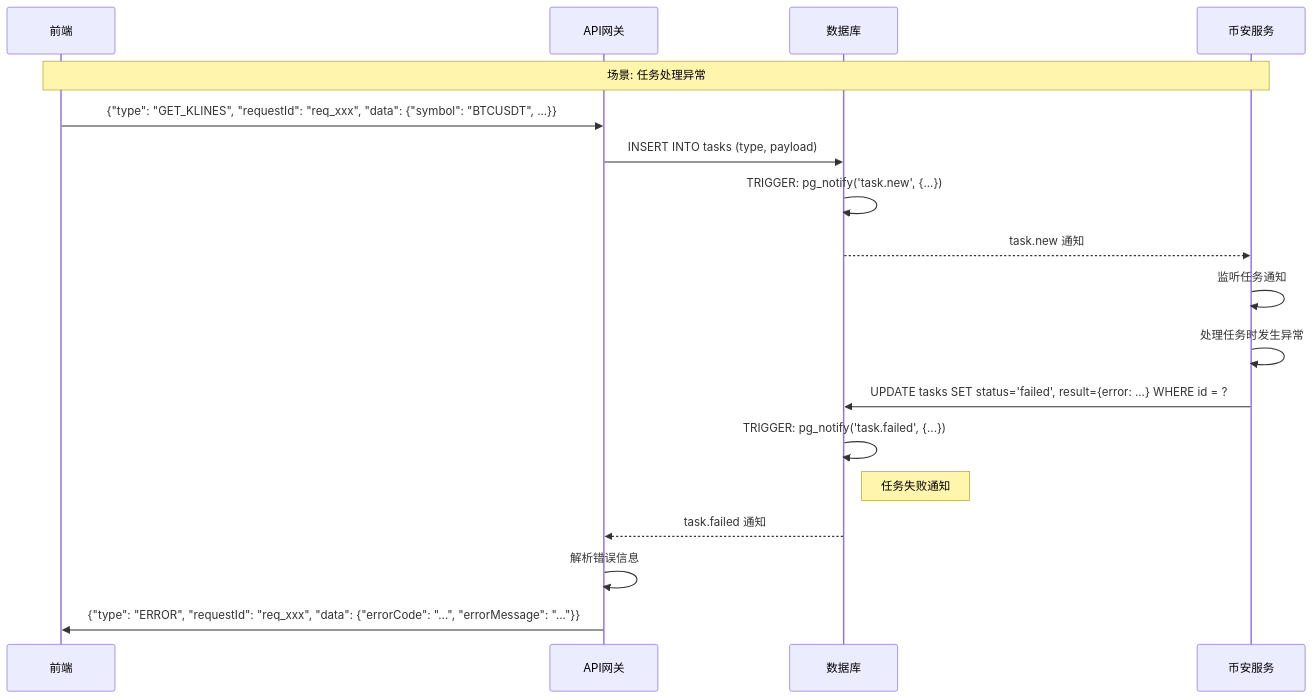
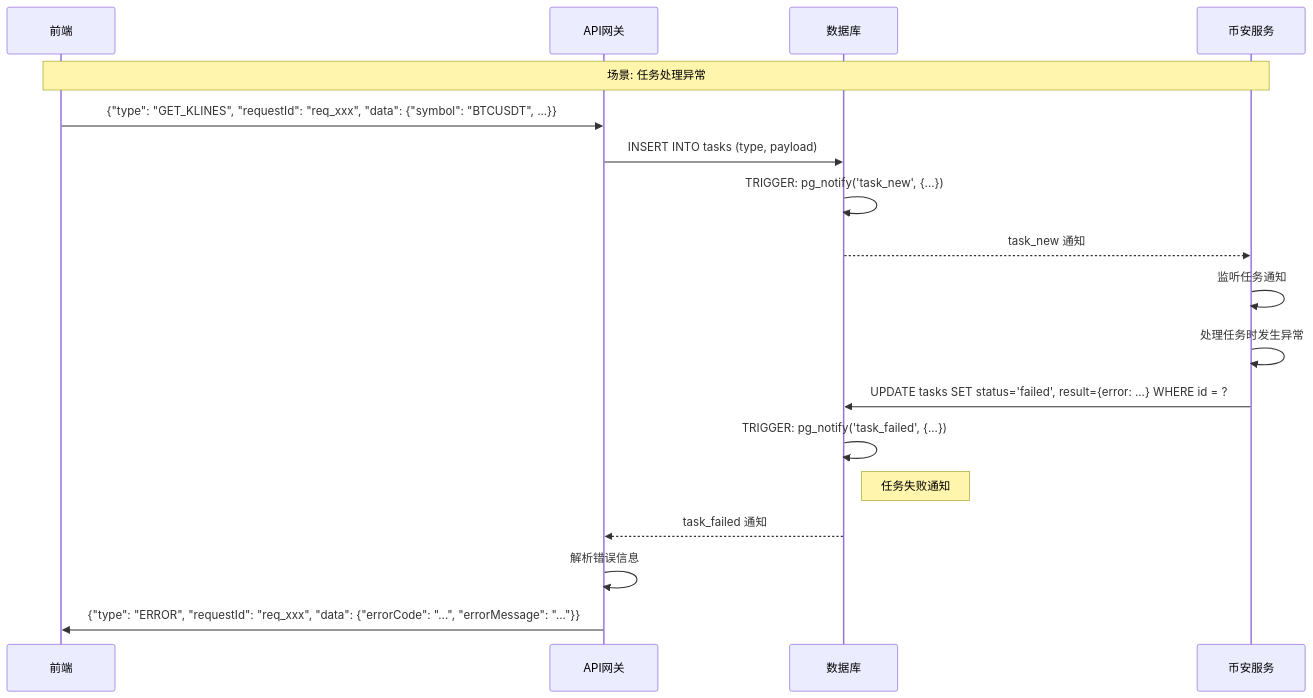
Before and after one commit to mj2154/quant-trading-system-2602: the third of 10 diagrams in docs/backend/design/02-dataflow.md, drawn with Mermaid. The commit also changed other lines of this file and 32 other files, not shown here.

````diff
--- a/docs/backend/design/02-dataflow.md
+++ b/docs/backend/design/02-dataflow.md
@@ -134,25 +134,25 @@
 ```mermaid
 sequenceDiagram
     participant Front as 前端
     participant GW as API网关
     participant DB as 数据库
     participant BN as 币安服务
 
     Note over Front, BN: 场景: 任务处理异常
 
     Front->>GW: {"type": "GET_KLINES", "requestId": "req_xxx", "data": {"symbol": "BTCUSDT", ...}}
 
     GW->>DB: INSERT INTO tasks (type, payload)
-    DB->>DB: TRIGGER: pg_notify('task.new', {...})
+    DB->>DB: TRIGGER: pg_notify('task_new', {...})
 
-    DB-->>BN: task.new 通知
+    DB-->>BN: task_new 通知
     BN->>BN: 监听任务通知
     BN->>BN: 处理任务时发生异常
     BN->>DB: UPDATE tasks SET status='failed', result={error: ...} WHERE id = ?
-    DB->>DB: TRIGGER: pg_notify('task.failed', {...})
+    DB->>DB: TRIGGER: pg_notify('task_failed', {...})
 
     Note right of DB: 任务失败通知
-    DB-->>GW: task.failed 通知
+    DB-->>GW: task_failed 通知
     GW->>GW: 解析错误信息
     GW->>Front: {"type": "ERROR", "requestId": "req_xxx", "data": {"errorCode": "...", "errorMessage": "..."}}
 ```
````
